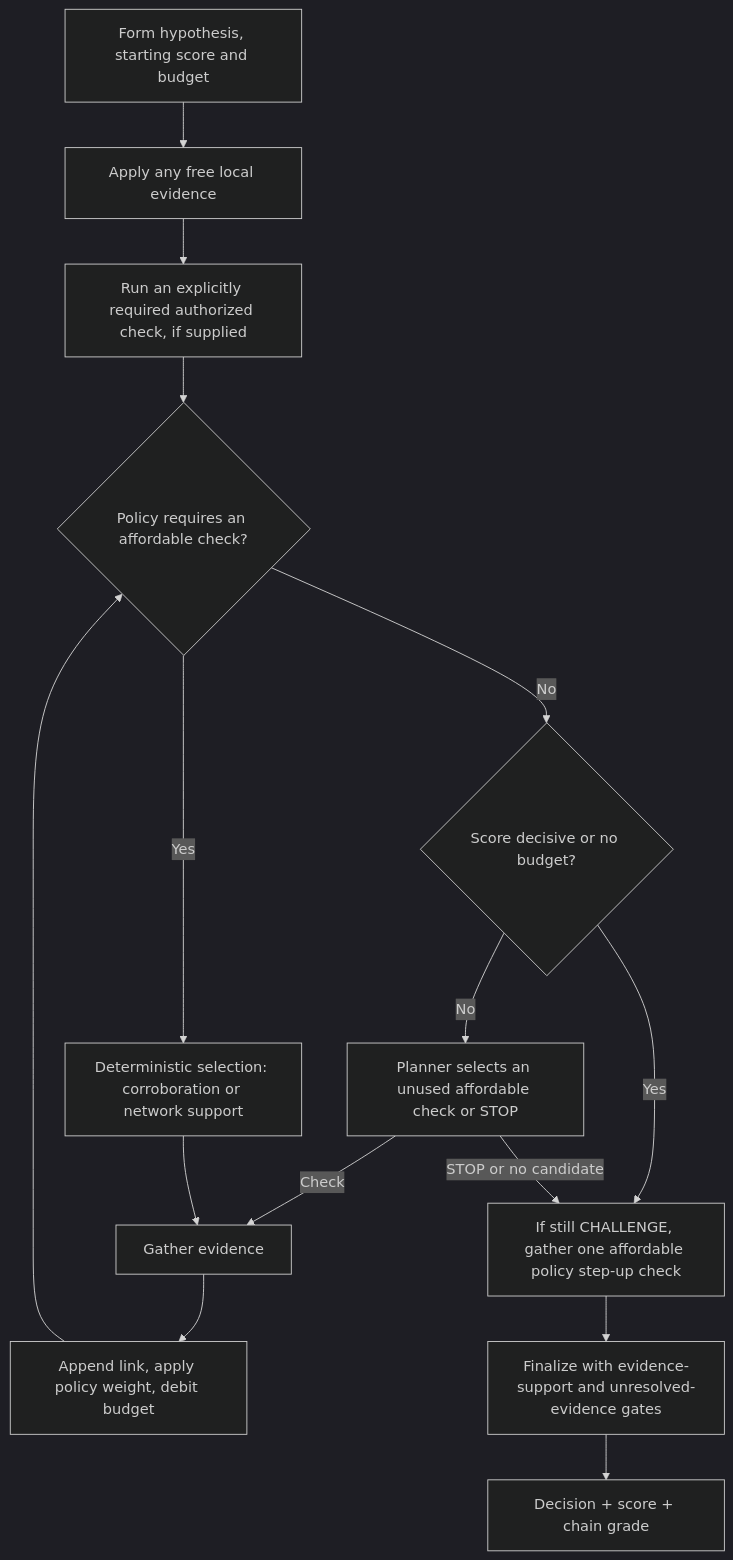
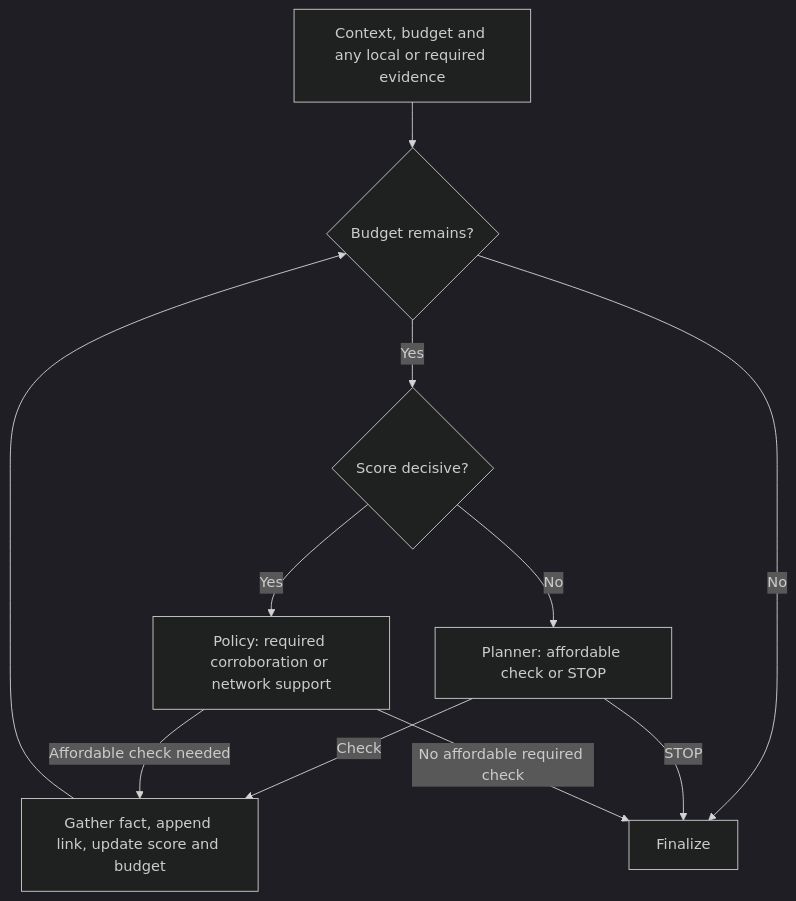
One commit to AhmadShadeed32/isnad changed the second of 5 diagrams in README.md. Above: the diagram before and after it, drawn with Mermaid (dark theme). The commit also changed other lines of this file and 6 other files, not shown here.

Commit message:
Polish judge README with product screenshot and verified diagrams

````diff
--- a/README.md
+++ b/README.md
@@ -81,17 +139,13 @@
 ```mermaid
 flowchart TD
-    A["Form hypothesis, starting score and budget"] --> B["Apply any free local evidence"]
-    B --> C["Run an explicitly required authorized check, if supplied"]
-    C --> D{"Policy requires an affordable check?"}
-    D -->|Yes| E["Deterministic selection: corroboration or network support"]
-    D -->|No| F{"Score decisive or no budget?"}
-    F -->|No| G["Planner selects an unused affordable check or STOP"]
-    G -->|Check| H["Gather evidence"]
-    E --> H
-    H --> J["Append link, apply policy weight, debit budget"]
-    J --> D
-    F -->|Yes| L["If still CHALLENGE, gather one affordable policy step-up check"]
-    G -->|STOP or no candidate| L
-    L --> K["Finalize with evidence-support and unresolved-evidence gates"]
-    K --> V["Decision + score + chain grade"]
+    S["Context, budget and any local or required evidence"] --> B{"Budget remains?"}
+    B -->|Yes| D{"Score decisive?"}
+    D -->|No| P["Planner: affordable check or STOP"]
+    D -->|Yes| G["Policy: required corroboration or network support"]
+    P -->|Check| E["Gather fact, append link, update score and budget"]
+    G -->|Affordable check needed| E
+    E --> B
+    B -->|No| F["Finalize"]
+    P -->|STOP| F
+    G -->|No affordable required check| F
 ```
````
